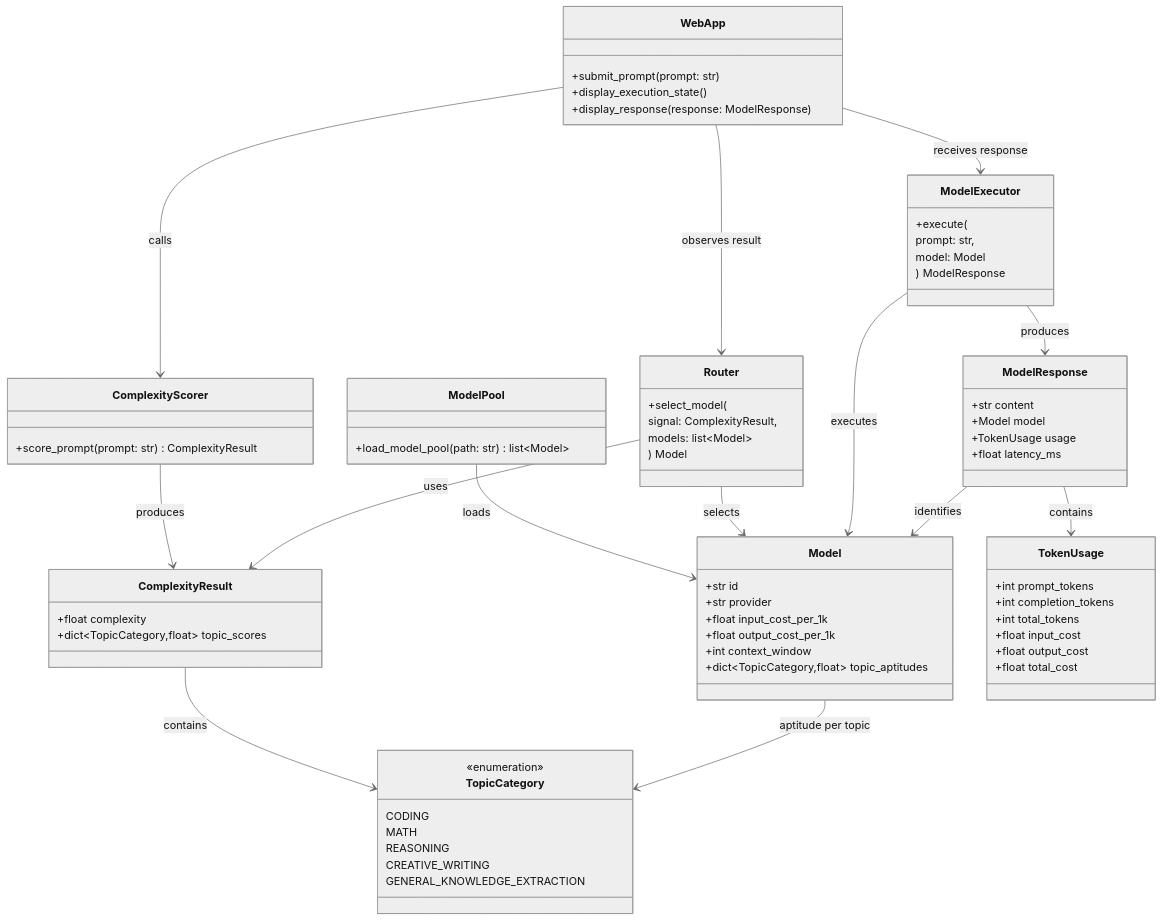
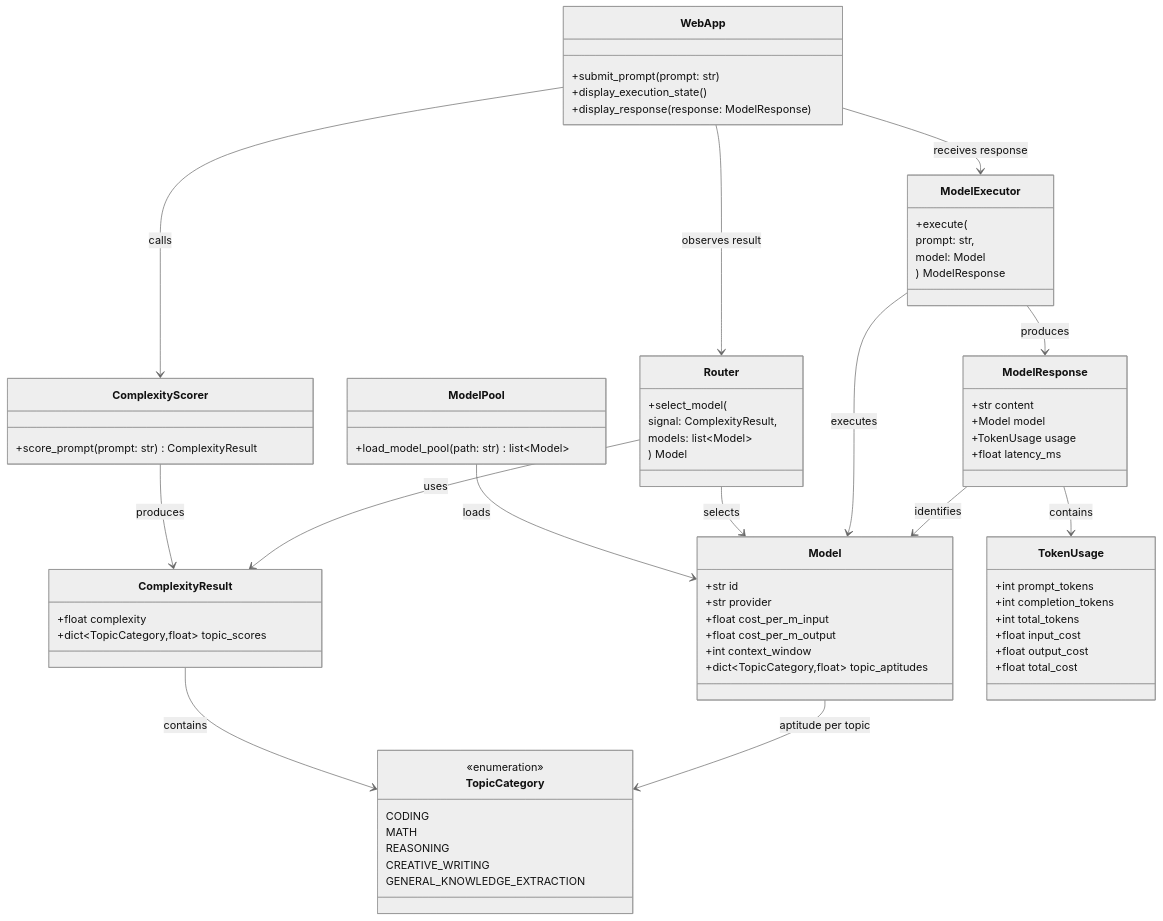
The second of 5 diagrams in docs/Prototype_architecture.md (emrailklmin/Lonn), drawn with Mermaid (neutral theme) before and after one commit. The commit also changed other lines of this file and 7 other files, not shown here.

```diff
--- a/docs/Prototype_architecture.md
+++ b/docs/Prototype_architecture.md
@@ -160,8 +160,8 @@
         +str id
         +str provider
 
-        +float input_cost_per_1k
-        +float output_cost_per_1k
+        +float cost_per_m_input
+        +float cost_per_m_output
 
         +int context_window
 
```
